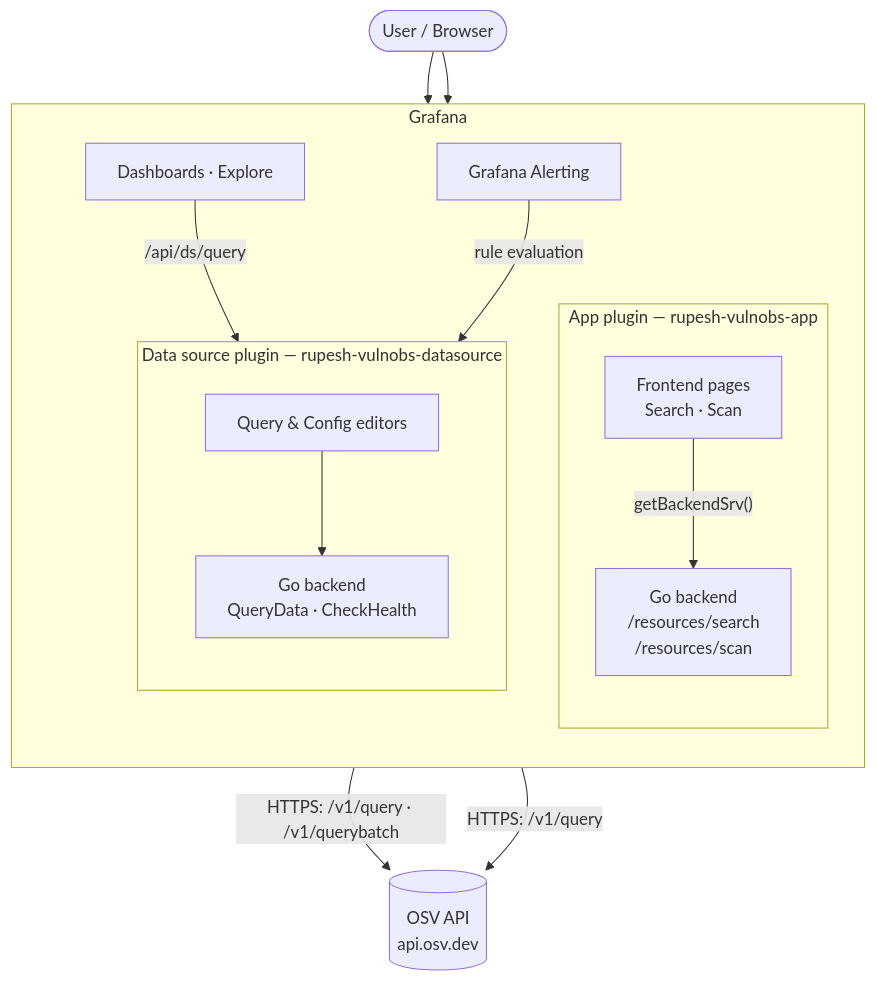
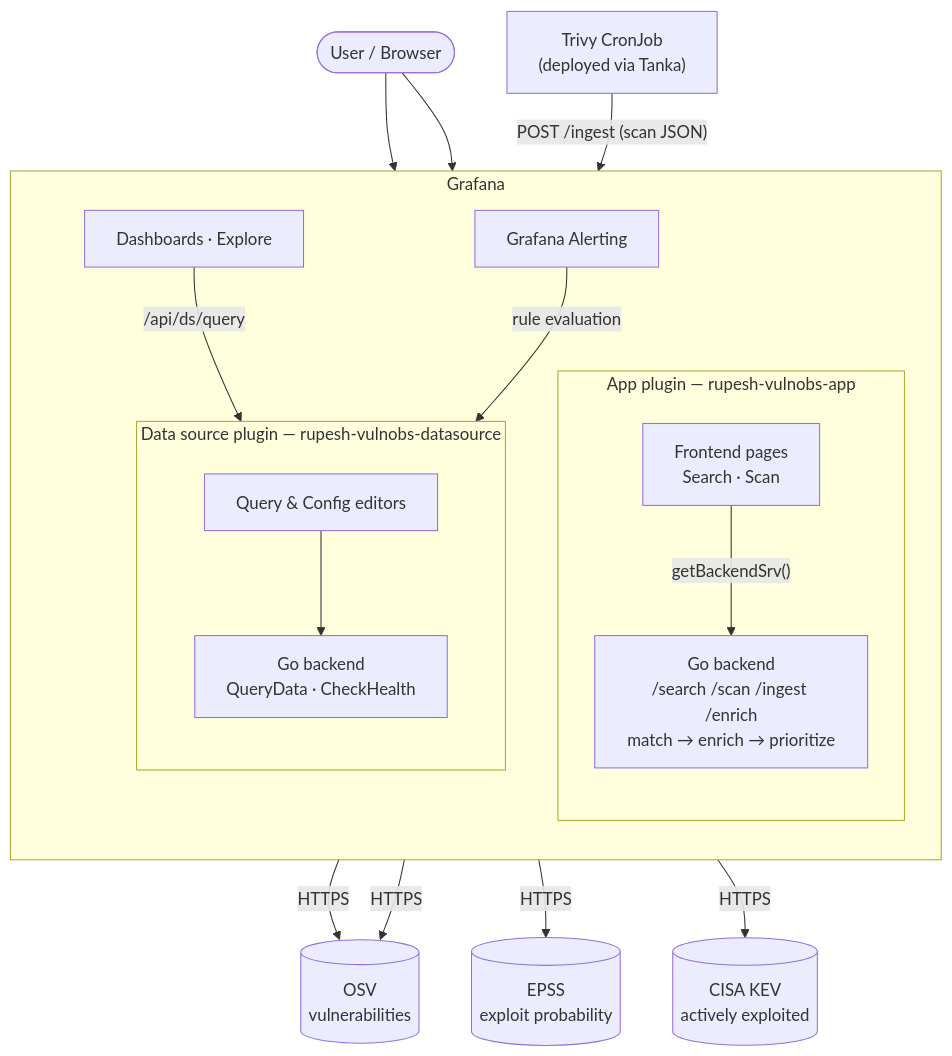
One commit to rupeshkoushik07/grafana-vulnobs changed the diagram in README.md. Above: the diagram before and after it, drawn with Mermaid. The commit also changed other lines of this file, not shown here.

First line of the commit message:
Update architecture diagram: EPSS/KEV enrichment, /ingest, Tanka scanner

````diff
--- a/README.md
+++ b/README.md
@@ -34,33 +34,39 @@
 ```mermaid
 flowchart TB
     user(["User&nbsp;/&nbsp;Browser"])
+    scanner["Trivy CronJob<br/>(deployed via Tanka)"]
 
     subgraph grafana["Grafana"]
         direction TB
         dashes["Dashboards&nbsp;·&nbsp;Explore"]
         alerting["Grafana Alerting"]
 
         subgraph app["App plugin — rupesh-vulnobs-app"]
             direction TB
             appfe["Frontend pages<br/>Search · Scan"]
-            appbe["Go backend<br/>/resources/search<br/>/resources/scan"]
+            appbe["Go backend<br/>/search /scan /ingest /enrich<br/>match → enrich → prioritize"]
             appfe -->|"getBackendSrv()"| appbe
         end
 
         subgraph ds["Data source plugin — rupesh-vulnobs-datasource"]
             direction TB
             dsfe["Query &amp; Config editors"]
             dsbe["Go backend<br/>QueryData · CheckHealth"]
             dsfe --> dsbe
         end
     end
 
-    osv[("OSV API<br/>api.osv.dev")]
+    osv[("OSV<br/>vulnerabilities")]
+    epss[("EPSS<br/>exploit probability")]
+    kev[("CISA KEV<br/>actively exploited")]
 
     user --> appfe
     user --> dashes
+    scanner -->|"POST /ingest (scan JSON)"| appbe
     dashes -->|"/api/ds/query"| dsbe
     alerting -->|"rule evaluation"| dsbe
-    appbe -->|"HTTPS: /v1/query · /v1/querybatch"| osv
-    dsbe -->|"HTTPS: /v1/query"| osv
+    appbe -->|"HTTPS"| osv
+    appbe -->|"HTTPS"| epss
+    appbe -->|"HTTPS"| kev
+    dsbe -->|"HTTPS"| osv
 ```
````
